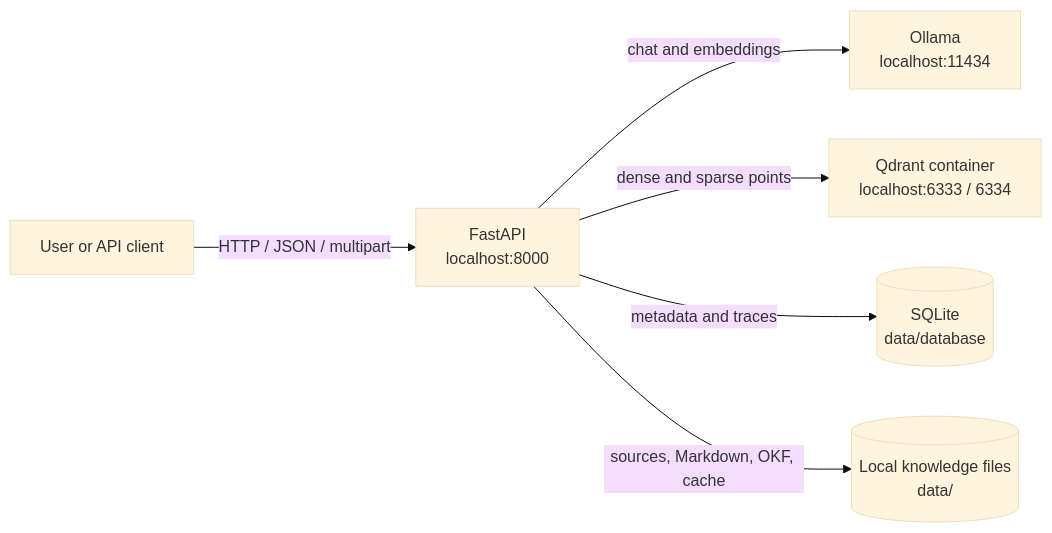
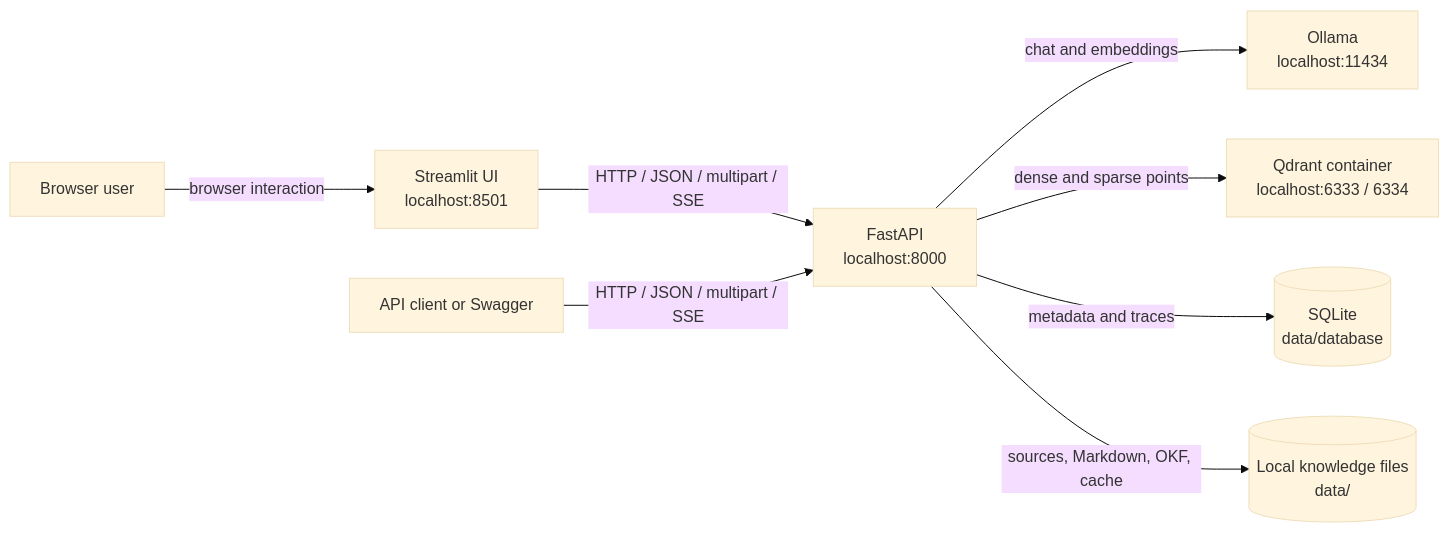
The first of 3 diagrams in architecture.md (deb-cod/ausm-rag), drawn with Mermaid (base theme) before and after one commit. The commit also changed other lines of this file and 16 other files, not shown here.

````diff
--- a/architecture.md
+++ b/architecture.md
@@ -35,15 +36,19 @@
 ```mermaid
 flowchart LR
-    User[User or API client]
+    User[Browser user]
+    Client[API client or Swagger]
+    UI[Streamlit UI\nlocalhost:8501]
     API[FastAPI\nlocalhost:8000]
     Ollama[Ollama\nlocalhost:11434]
     Qdrant[Qdrant container\nlocalhost:6333 / 6334]
     SQLite[(SQLite\ndata/database)]
     Files[(Local knowledge files\ndata/)]
 
-    User -->|HTTP / JSON / multipart| API
+    User -->|browser interaction| UI
+    UI -->|HTTP / JSON / multipart / SSE| API
+    Client -->|HTTP / JSON / multipart / SSE| API
     API -->|chat and embeddings| Ollama
     API -->|dense and sparse points| Qdrant
     API -->|metadata and traces| SQLite
     API -->|sources, Markdown, OKF, cache| Files
 ```
````
